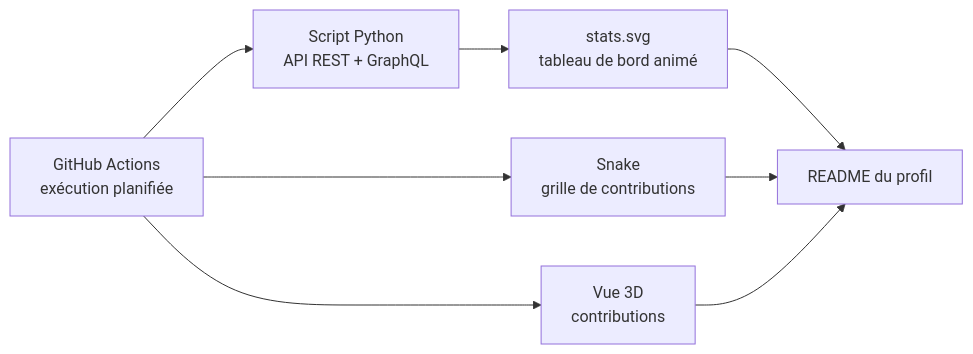
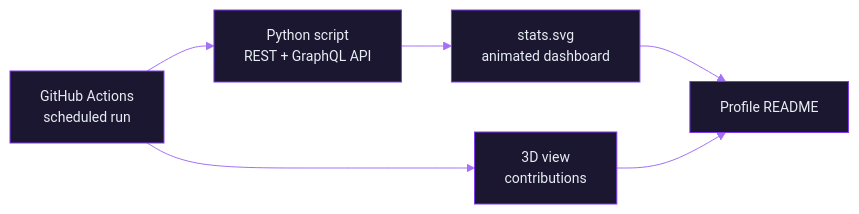
One commit to Samah-boudallaa/Samah-boudallaa changed the fourth of 5 diagrams in README.md. Above: the diagram before and after it, drawn with Mermaid. The commit also changed other lines of this file, not shown here.

````diff
--- a/README.md
+++ b/README.md
@@ -283,10 +281,9 @@
 ```mermaid
+%%{init: {"theme":"base","themeVariables":{"primaryColor":"#1c1730","primaryTextColor":"#e6edf3","primaryBorderColor":"#7c3aed","lineColor":"#a371f7","secondaryColor":"#1c1730","tertiaryColor":"#0d1117","fontSize":"14px"}}}%%
 flowchart LR
-    A["GitHub Actions<br/>exécution planifiée"] --> B["Script Python<br/>API REST + GraphQL"]
-    B --> C["stats.svg<br/>tableau de bord animé"]
-    A --> D["Snake<br/>grille de contributions"]
-    A --> E["Vue 3D<br/>contributions"]
-    C --> F["README du profil"]
-    D --> F
+    A["GitHub Actions<br/>scheduled run"] --> B["Python script<br/>REST + GraphQL API"]
+    B --> C["stats.svg<br/>animated dashboard"]
+    A --> E["3D view<br/>contributions"]
+    C --> F["Profile README"]
     E --> F
 ```
````
